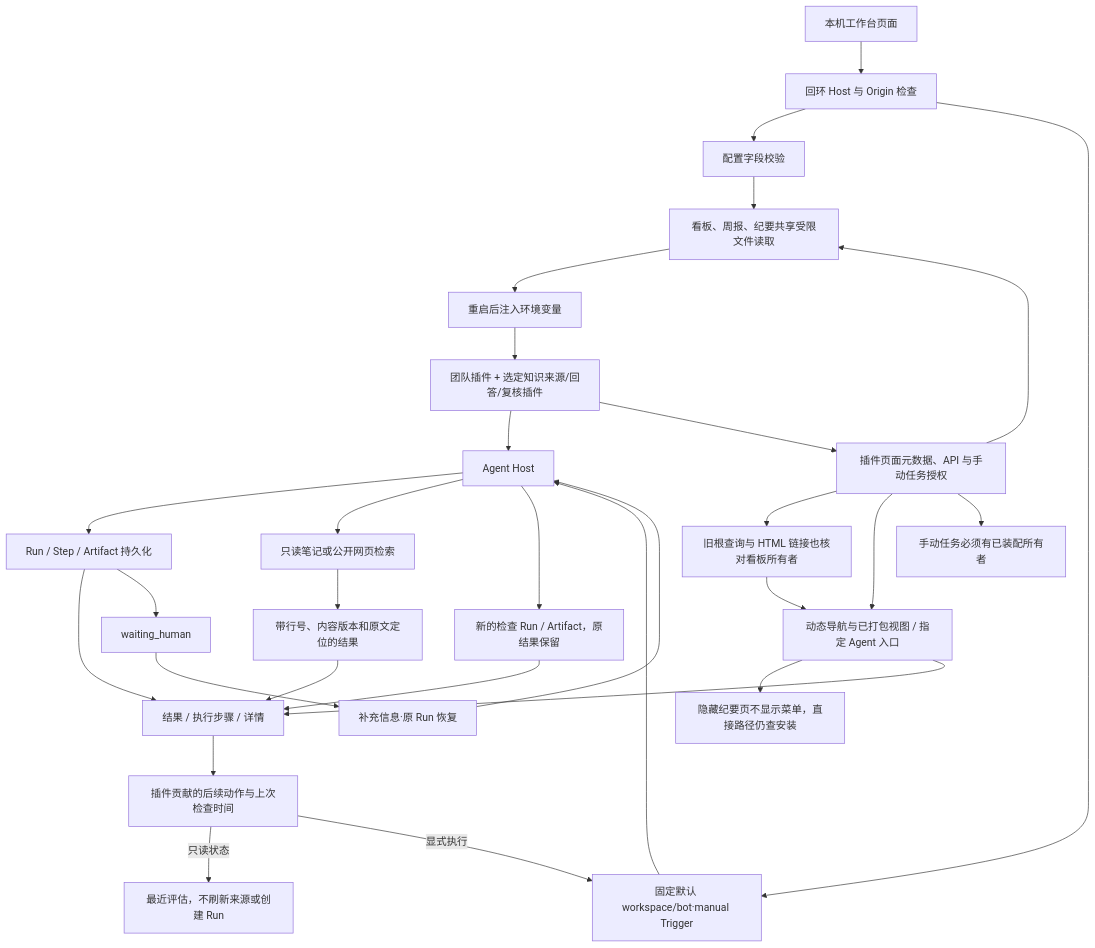
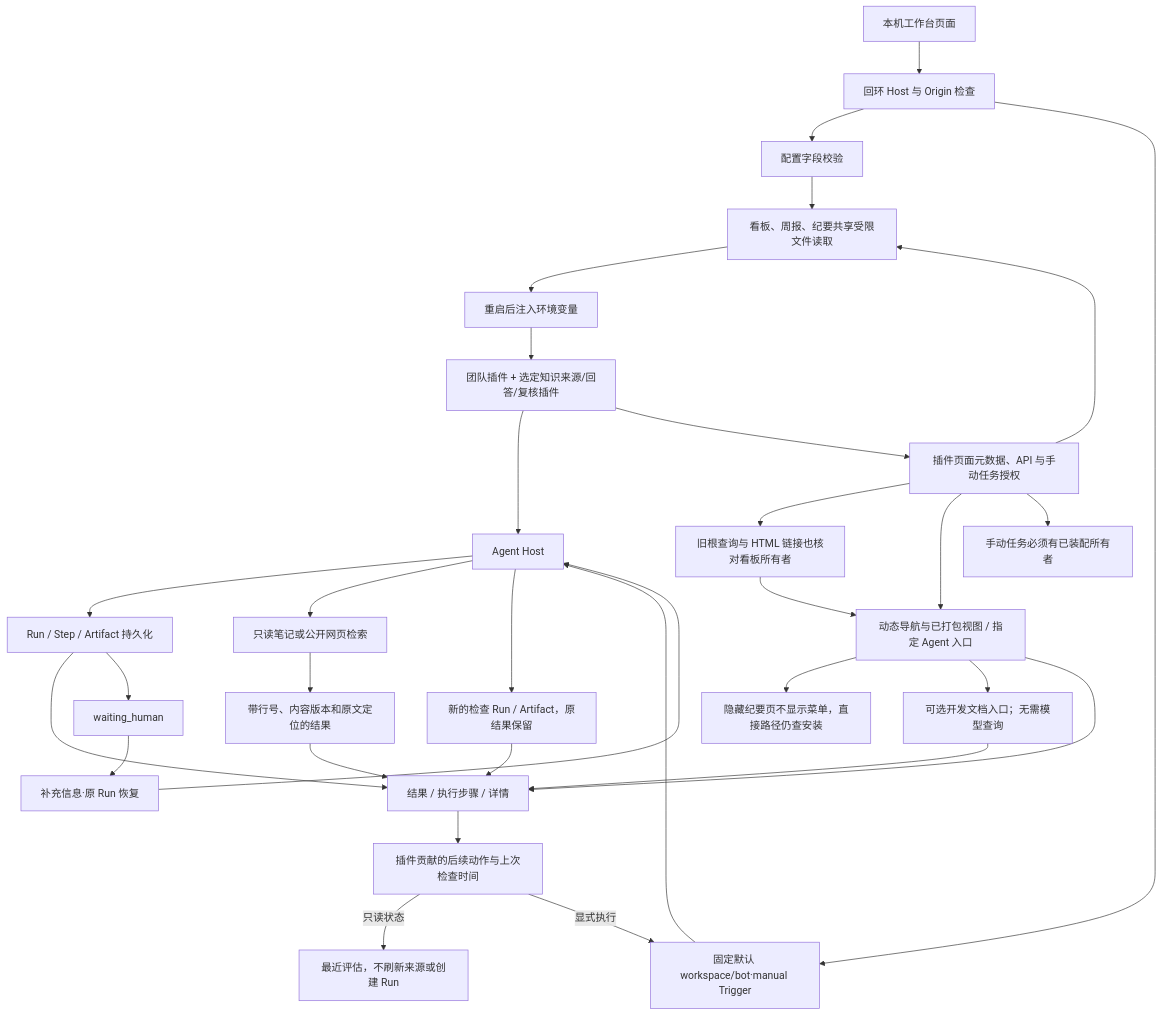
The diagram in backend/src/platform/workspace/FEATURE.md (KlayPeter/AI-Delivery-Ops-Agent), drawn with Mermaid before and after one commit. The commit also changed other lines of this file and 21 other files, not shown here.

````diff
--- a/backend/src/platform/workspace/FEATURE.md
+++ b/backend/src/platform/workspace/FEATURE.md
@@ -19,32 +19,34 @@
 ```mermaid
 flowchart TD
     UI[本机工作台页面] --> G[回环 Host 与 Origin 检查]
     G --> CFG[配置字段校验]
     CFG --> FILE[connections.json 原子写入·0600]
     FILE --> BOOT[重启后注入环境变量]
     BOOT --> PL[团队插件 + 选定知识来源/回答/复核插件]
     PL --> H[Agent Host]
     G --> T[固定默认 workspace/bot·manual Trigger]
     T --> H
     H --> R[Run / Step / Artifact 持久化]
     R --> V[结果 / 执行步骤 / 详情]
     R --> WAIT[waiting_human]
     WAIT --> REPLY[补充信息·原 Run 恢复]
     REPLY --> H
     H --> K[只读笔记或公开网页检索]
     K --> EV[带行号、内容版本和原文定位的结果]
     EV --> V
     PL --> WEB[插件页面元数据、API 与手动任务授权]
     WEB --> ALIAS[旧根查询与 HTML 链接也核对看板所有者]
     ALIAS --> NAV
     WEB --> NAV[动态导航与已打包视图 / 指定 Agent 入口]
     NAV --> HIDDEN[隐藏纪要页不显示菜单，直接路径仍查安装]
     WEB --> FILE[看板、周报、纪要共享受限文件读取]
+    NAV --> C7[可选开发文档入口；无需模型查询]
+    C7 --> V
     NAV --> V
     WEB --> JOBS[手动任务必须有已装配所有者]
     V --> ACT[插件贡献的后续动作与上次检查时间]
     ACT -- 只读状态 --> KV[最近评估，不刷新来源或创建 Run]
     ACT -- 显式执行 --> T
     H --> CHECK[新的检查 Run / Artifact，原结果保留]
     CHECK --> V
 ```
````
